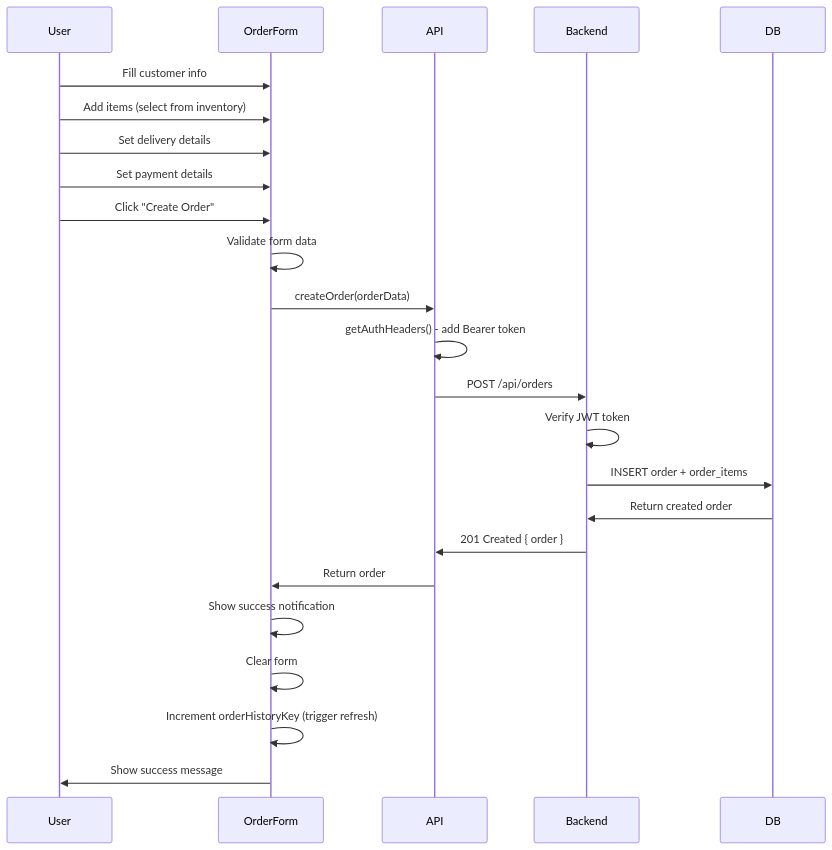
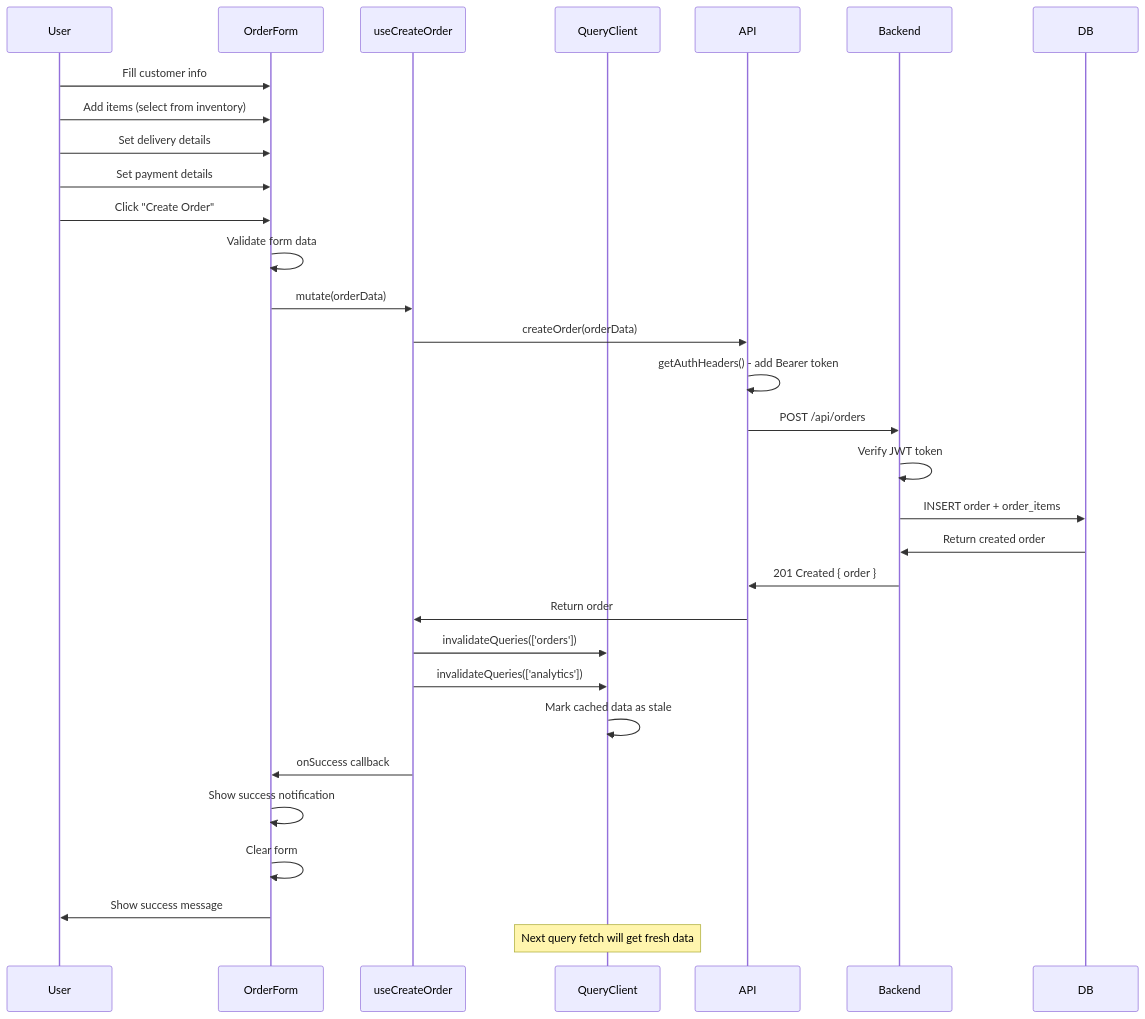
The third of 9 diagrams in docs/frontend/README.md (konarsubhojit/myapp), drawn with Mermaid before and after one commit. The commit also changed other lines of this file, not shown here.

Commit message:
Update frontend documentation to include TanStack Query implementation

````diff
--- a/docs/frontend/README.md
+++ b/docs/frontend/README.md
@@ -485,28 +548,36 @@
 ```mermaid
 sequenceDiagram
     participant User
     participant OrderForm
+    participant useCreateOrder
+    participant QueryClient
     participant API
     participant Backend
     participant DB
 
     User->>OrderForm: Fill customer info
     User->>OrderForm: Add items (select from inventory)
     User->>OrderForm: Set delivery details
     User->>OrderForm: Set payment details
     User->>OrderForm: Click "Create Order"
     
     OrderForm->>OrderForm: Validate form data
-    OrderForm->>API: createOrder(orderData)
+    OrderForm->>useCreateOrder: mutate(orderData)
+    useCreateOrder->>API: createOrder(orderData)
     API->>API: getAuthHeaders() - add Bearer token
     API->>Backend: POST /api/orders
     Backend->>Backend: Verify JWT token
     Backend->>DB: INSERT order + order_items
     DB->>Backend: Return created order
     Backend->>API: 201 Created { order }
-    API->>OrderForm: Return order
+    API->>useCreateOrder: Return order
+    useCreateOrder->>QueryClient: invalidateQueries(['orders'])
+    useCreateOrder->>QueryClient: invalidateQueries(['analytics'])
+    QueryClient->>QueryClient: Mark cached data as stale
+    useCreateOrder->>OrderForm: onSuccess callback
     OrderForm->>OrderForm: Show success notification
     OrderForm->>OrderForm: Clear form
-    OrderForm->>OrderForm: Increment orderHistoryKey (trigger refresh)
     OrderForm->>User: Show success message
+    
+    Note over QueryClient: Next query fetch will get fresh data
 ```
````
